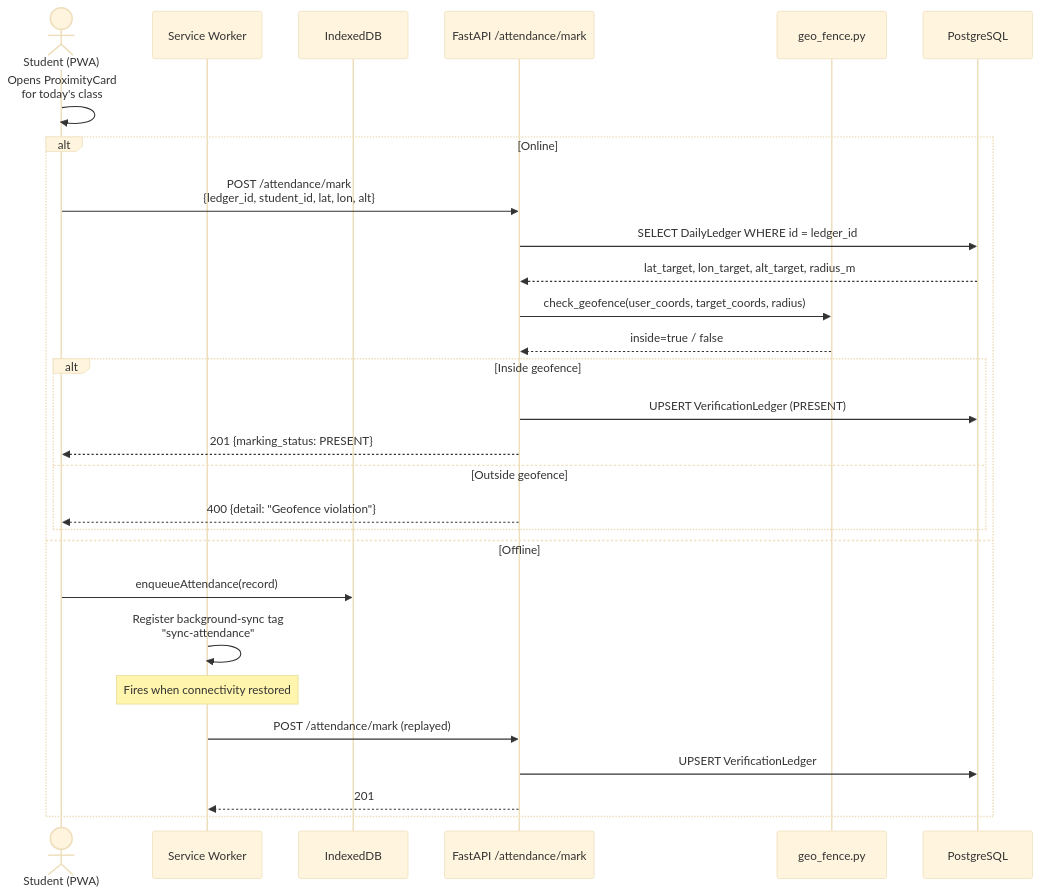
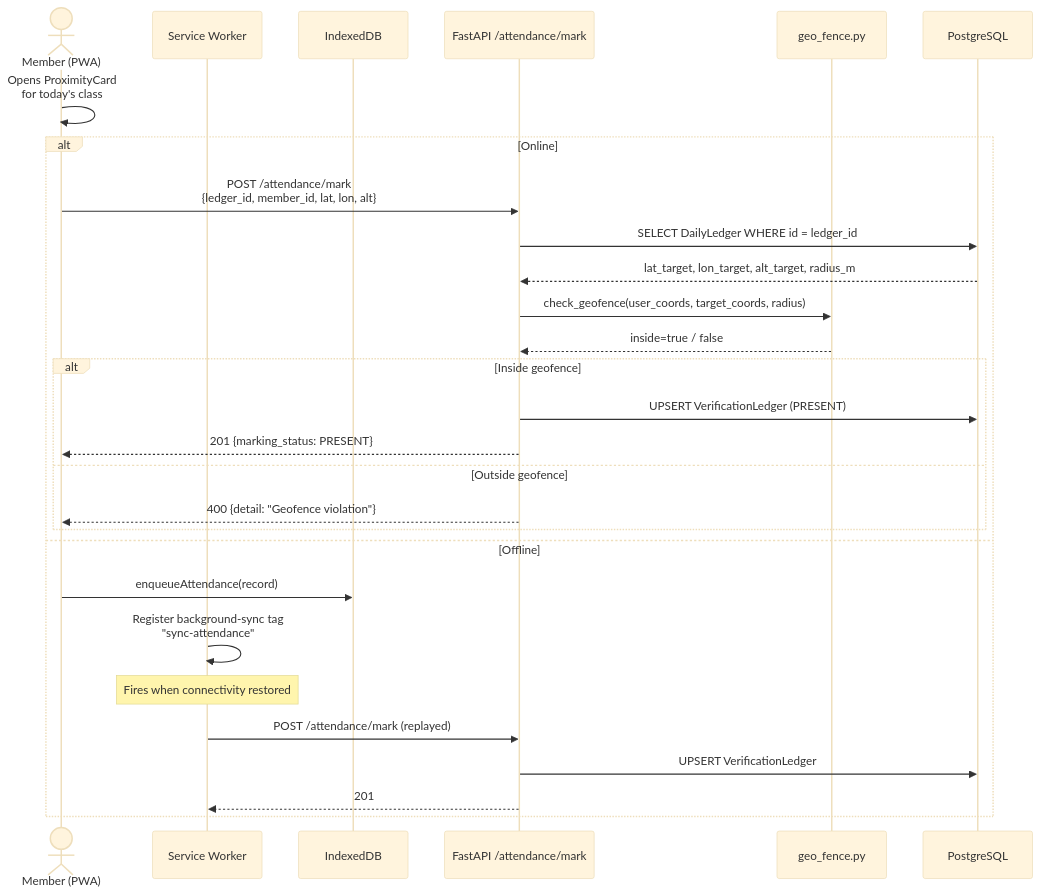
One commit to Life-Experimentalist/Chronos-Ledger changed the first of 4 diagrams in docs/flows.md. Above: the diagram before and after it, drawn with Mermaid (base theme). The commit also changed other lines of this file and 17 other files, not shown here.

````diff
--- a/docs/flows.md
+++ b/docs/flows.md
@@ -12,32 +12,32 @@
 ```mermaid
 sequenceDiagram
-    actor Stu as Student (PWA)
+    actor Stu as Member (PWA)
     participant SW as Service Worker
     participant IDB as IndexedDB
     participant API as FastAPI /attendance/mark
     participant GF as geo_fence.py
     participant DB as PostgreSQL
 
     Stu->>Stu: Opens ProximityCard<br/>for today's class
 
     alt Online
-        Stu->>API: POST /attendance/mark<br/>{ledger_id, student_id, lat, lon, alt}
+        Stu->>API: POST /attendance/mark<br/>{ledger_id, member_id, lat, lon, alt}
         API->>DB: SELECT DailyLedger WHERE id = ledger_id
         DB-->>API: lat_target, lon_target, alt_target, radius_m
         API->>GF: check_geofence(user_coords, target_coords, radius)
         GF-->>API: inside=true / false
         alt Inside geofence
             API->>DB: UPSERT VerificationLedger (PRESENT)
             API-->>Stu: 201 {marking_status: PRESENT}
         else Outside geofence
             API-->>Stu: 400 {detail: "Geofence violation"}
         end
     else Offline
         Stu->>IDB: enqueueAttendance(record)
         SW->>SW: Register background-sync tag<br/>"sync-attendance"
         Note over SW: Fires when connectivity restored
         SW->>API: POST /attendance/mark (replayed)
         API->>DB: UPSERT VerificationLedger
         API-->>SW: 201
     end
 ```
````
